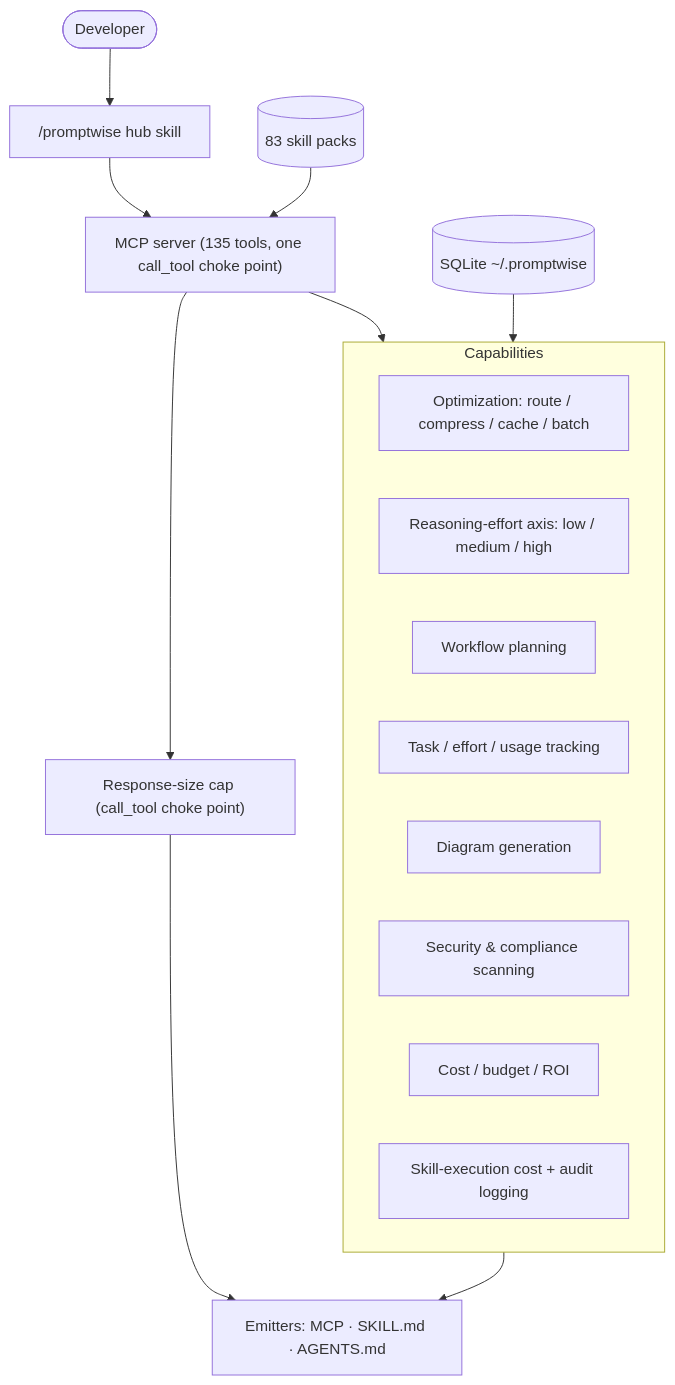
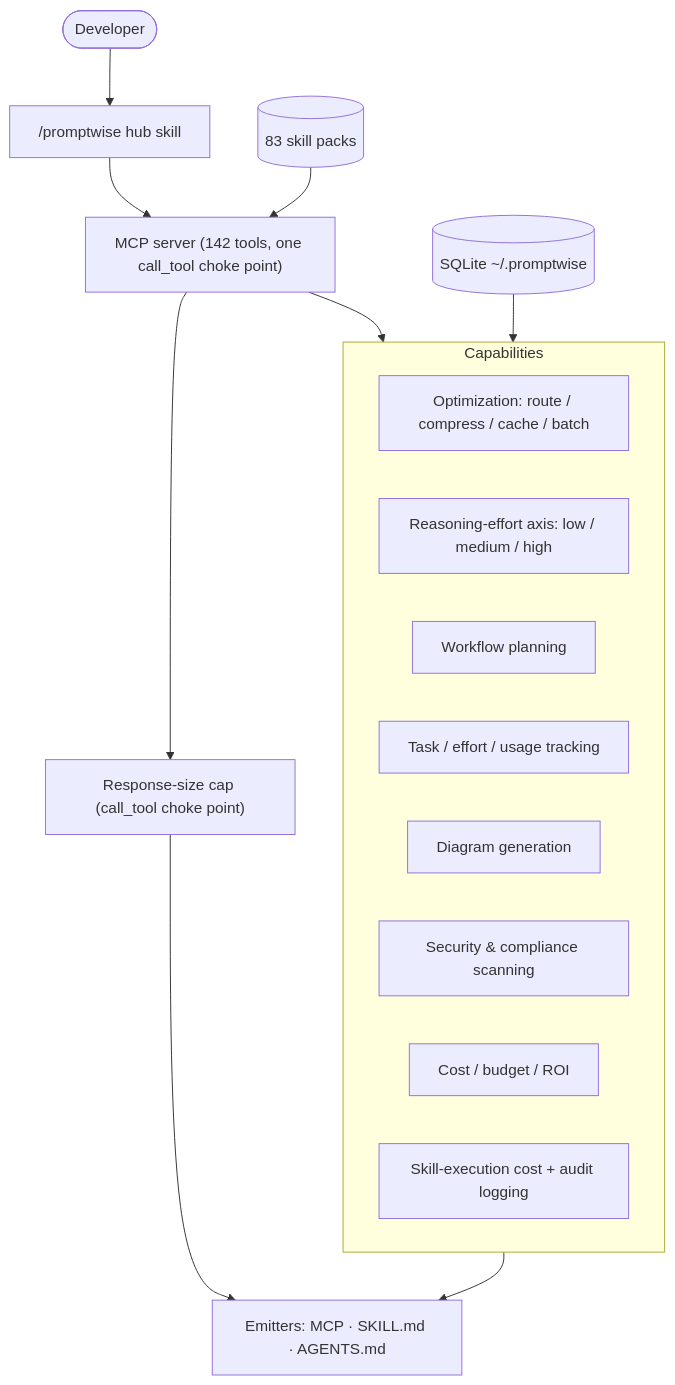
Before and after one commit to u2anilgit/PromptWise: the first of 6 diagrams in docs/ARCHITECTURE.md, drawn with Mermaid. The commit also changed 1 other file, not shown here.

Commit message:
chore(identity): refresh tool/test counts after Phase 1 identity work

````diff
--- a/docs/ARCHITECTURE.md
+++ b/docs/ARCHITECTURE.md
@@ -10,21 +10,21 @@
 ```mermaid
 flowchart TB
   dev([Developer]) --> hub["/promptwise hub skill"]
-  hub --> mcp["MCP server (135 tools, one call_tool choke point)"]
+  hub --> mcp["MCP server (142 tools, one call_tool choke point)"]
   subgraph Capabilities
     opt[Optimization: route / compress / cache / batch]
     effort[Reasoning-effort axis: low / medium / high]
     flow[Workflow planning]
     track[Task / effort / usage tracking]
     diag[Diagram generation]
     sec[Security & compliance scanning]
     cost[Cost / budget / ROI]
     skillaudit[Skill-execution cost + audit logging]
   end
   mcp --> Capabilities
   mcp --> cap["Response-size cap (call_tool choke point)"]
   cap --> emit["Emitters: MCP · SKILL.md · AGENTS.md"]
   Capabilities --> emit
   packs[("83 skill packs")] --> mcp
   store[("SQLite ~/.promptwise")] --> Capabilities
 ```
````
